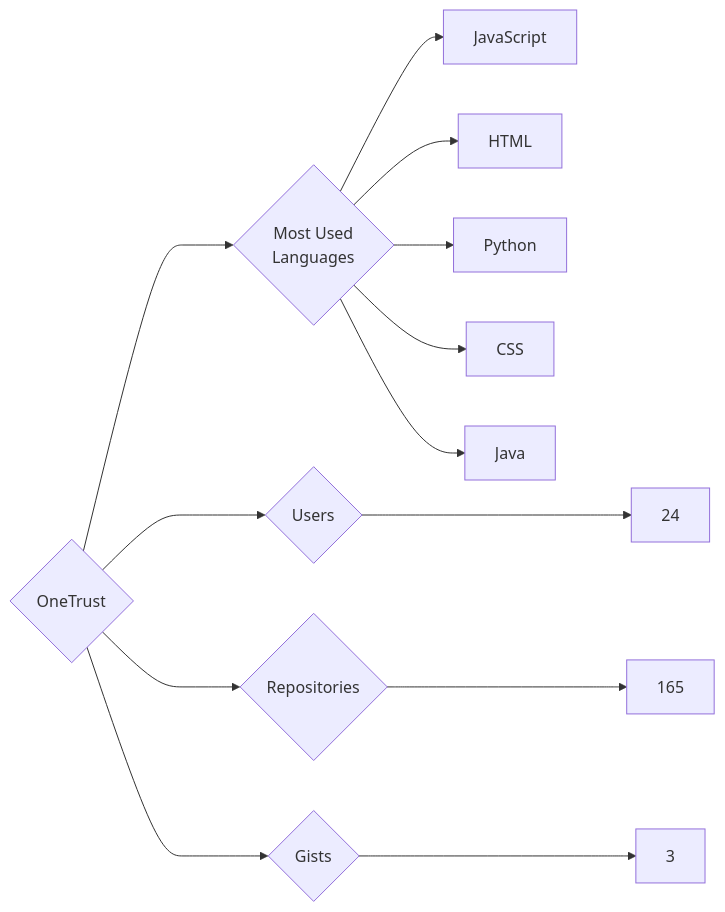
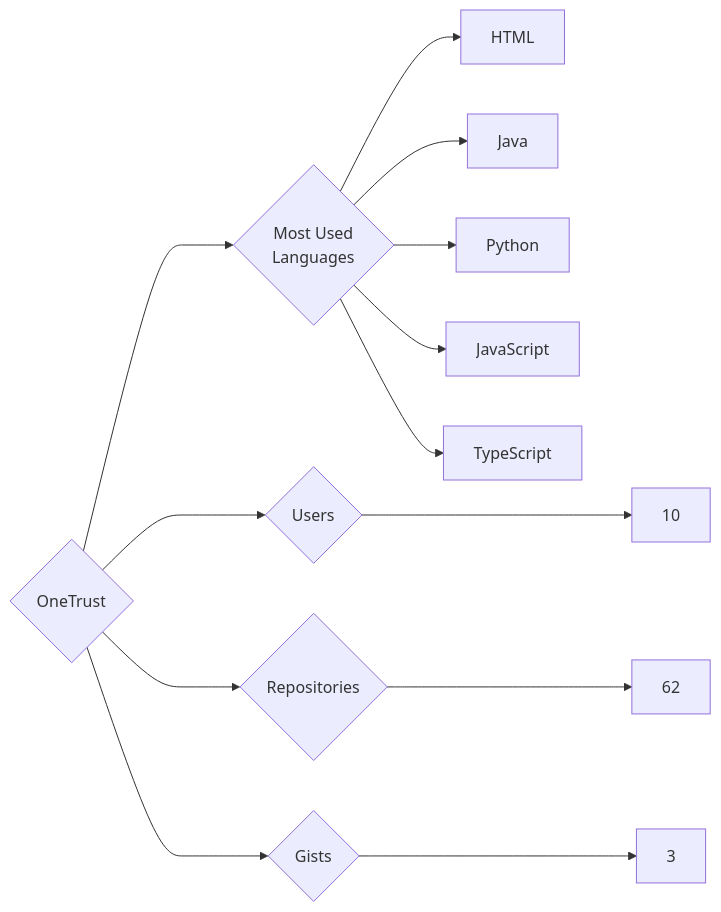
Before and after one commit to trickest/insiders: the diagram in targets/OneTrust/README.md, drawn with Mermaid. The commit also changed 815 other files, not shown here.

````diff
--- a/targets/OneTrust/README.md
+++ b/targets/OneTrust/README.md
@@ -3,13 +3,13 @@
 ```mermaid
 graph LR
 COMPANY_NAME{OneTrust}
-COMPANY_NAME ---> U{Users} ---> UN[24]
-COMPANY_NAME ---> R{Repositories} ---> RN[165]
+COMPANY_NAME ---> U{Users} ---> UN[10]
+COMPANY_NAME ---> R{Repositories} ---> RN[62]
 COMPANY_NAME ---> G{Gists} ---> GN[3]
 COMPANY_NAME ---> ML{Most Used<br>Languages}
+ML --> HTML[HTML]
+ML --> Java[Java]
+ML --> Python[Python]
 ML --> JavaScript[JavaScript]
-ML --> HTML[HTML]
-ML --> Python[Python]
-ML --> CSS[CSS]
-ML --> Java[Java]
+ML --> TypeScript[TypeScript]
 ```
````
